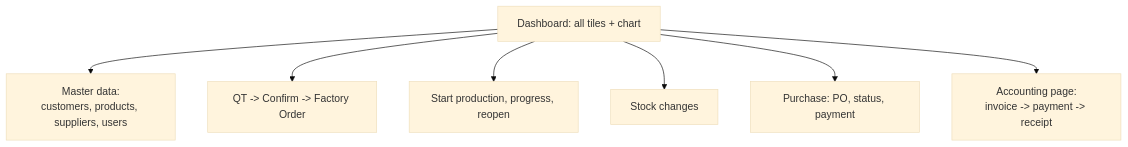
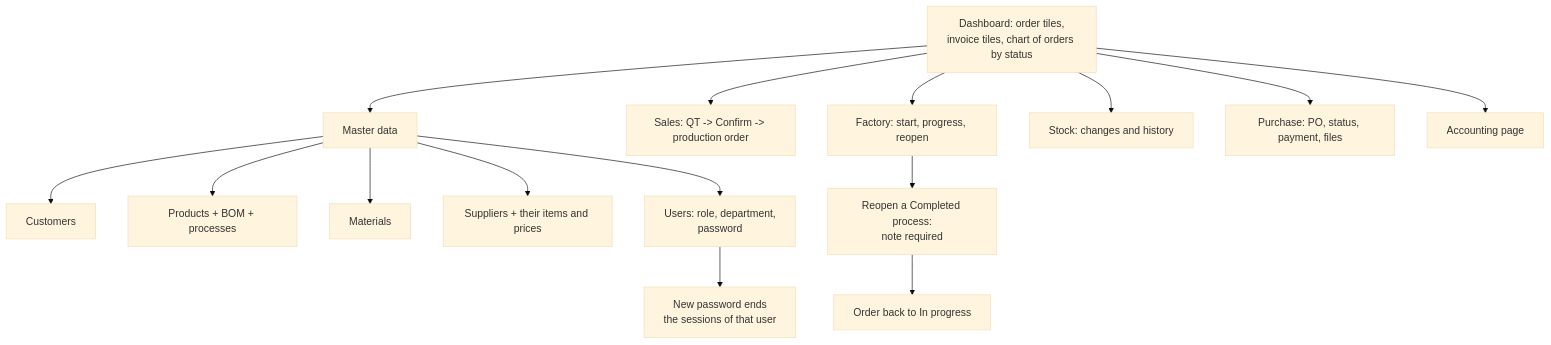
The fifth of 8 diagrams in ProjectdocInfo/User Flow.md (Detmon0410/Base_Sample_ERP), drawn with Mermaid (base theme) before and after one commit. The commit also changed other lines of this file and 15 other files, not shown here.

````diff
--- a/ProjectdocInfo/User Flow.md
+++ b/ProjectdocInfo/User Flow.md
@@ -39,9 +136,20 @@
 ```mermaid
 flowchart TD
-    D[Dashboard: all tiles + chart] --> M[Master data:<br/>customers, products, suppliers, users]
-    D --> Sale[QT -> Confirm -> Factory Order]
-    D --> Fac[Start production, progress, reopen]
-    D --> Stk[Stock changes]
-    D --> Pur[Purchase: PO, status, payment]
-    D --> Acc[Accounting page:<br/>invoice -> payment -> receipt]
+    D[Dashboard: order tiles,<br/>invoice tiles, chart of orders by status] --> M[Master data]
+    D --> Sa[Sales: QT -> Confirm -> production order]
+    D --> Fa[Factory: start, progress, reopen]
+    D --> St[Stock: changes and history]
+    D --> Pu[Purchase: PO, status, payment, files]
+    D --> Ac[Accounting page]
+
+    M --> M1[Customers]
+    M --> M2[Products + BOM + processes]
+    M --> M3[Materials]
+    M --> M4[Suppliers + their items and prices]
+    M --> M5[Users: role, department,<br/>password]
+
+    Fa --> Fa1[Reopen a Completed process:<br/>note required]
+    Fa1 --> Fa2[Order back to In progress]
+
+    M5 --> U1[New password ends<br/>the sessions of that user]
 ```
````
